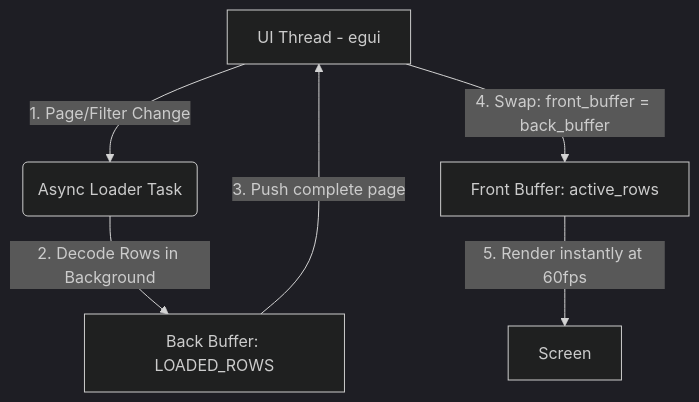
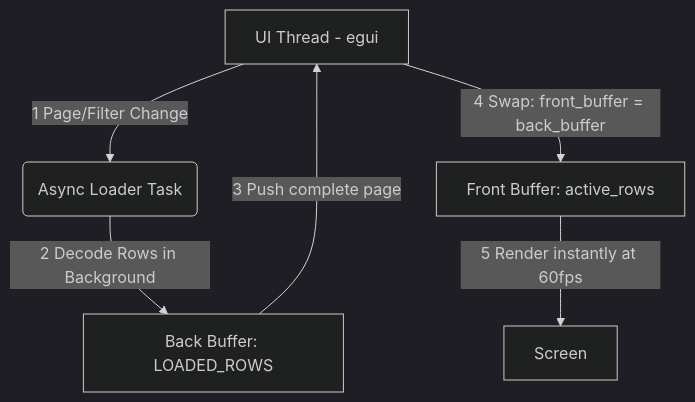
One commit to nohzafk/emacs-parquet-explorer changed the diagram in README.md. Above: the diagram before and after it, drawn with Mermaid (dark theme). The commit also changed other lines of this file and 1 other file, not shown here.

First line of the commit message:
refactor: vendor emacs-egui via submodule instead of Package-Requires

````diff
--- a/README.md
+++ b/README.md
@@ -120,8 +140,8 @@
 ```mermaid
 graph TD
-    A[UI Thread - egui] -- 1. Page/Filter Change --> B(Async Loader Task)
-    B -- 2. Decode Rows in Background --> C[Back Buffer: LOADED_ROWS]
-    C -- 3. Push complete page --> A
-    A -- 4. Swap: front_buffer = back_buffer --> D[Front Buffer: active_rows]
-    D -- 5. Render instantly at 60fps --> E[Screen]
+    A[UI Thread - egui] -- 1 Page/Filter Change --> B(Async Loader Task)
+    B -- 2 Decode Rows in Background --> C[Back Buffer: LOADED_ROWS]
+    C -- 3 Push complete page --> A
+    A -- 4 Swap: front_buffer = back_buffer --> D[Front Buffer: active_rows]
+    D -- 5 Render instantly at 60fps --> E[Screen]
 ```
````
